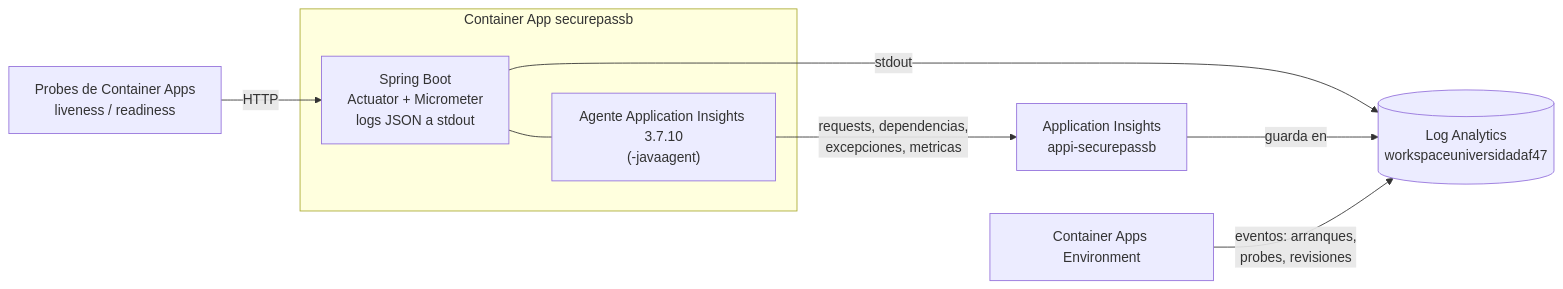
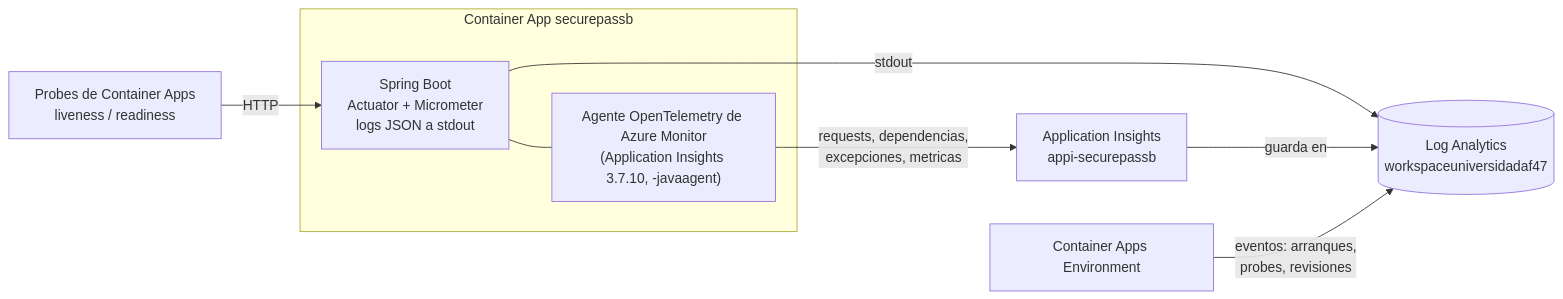
The diagram in docs/monitoreo.md (Menguitahh/acr-securepassb), drawn with Mermaid before and after one commit. The commit also changed other lines of this file and 1 other file, not shown here.

First line of the commit message:
docs(admin): opentelemetry con application insights (#47)

````diff
--- a/docs/monitoreo.md
+++ b/docs/monitoreo.md
@@ -8,13 +8,13 @@
 ```mermaid
 flowchart LR
     subgraph APP["Container App securepassb"]
         SB["Spring Boot<br/>Actuator + Micrometer<br/>logs JSON a stdout"]
-        AG["Agente Application Insights 3.7.10<br/>(-javaagent)"]
+        AG["Agente OpenTelemetry de Azure Monitor<br/>(Application Insights 3.7.10, -javaagent)"]
         SB --- AG
     end
     PROBES["Probes de Container Apps<br/>liveness / readiness"] -->|HTTP| SB
     SB -->|stdout| LAW
     AG -->|requests, dependencias,<br/>excepciones, metricas| AI[Application Insights<br/>appi-securepassb]
     AI -->|guarda en| LAW[(Log Analytics<br/>workspaceuniversidadaf47)]
     ENV[Container Apps Environment] -->|eventos: arranques,<br/>probes, revisiones| LAW
 ```
````
